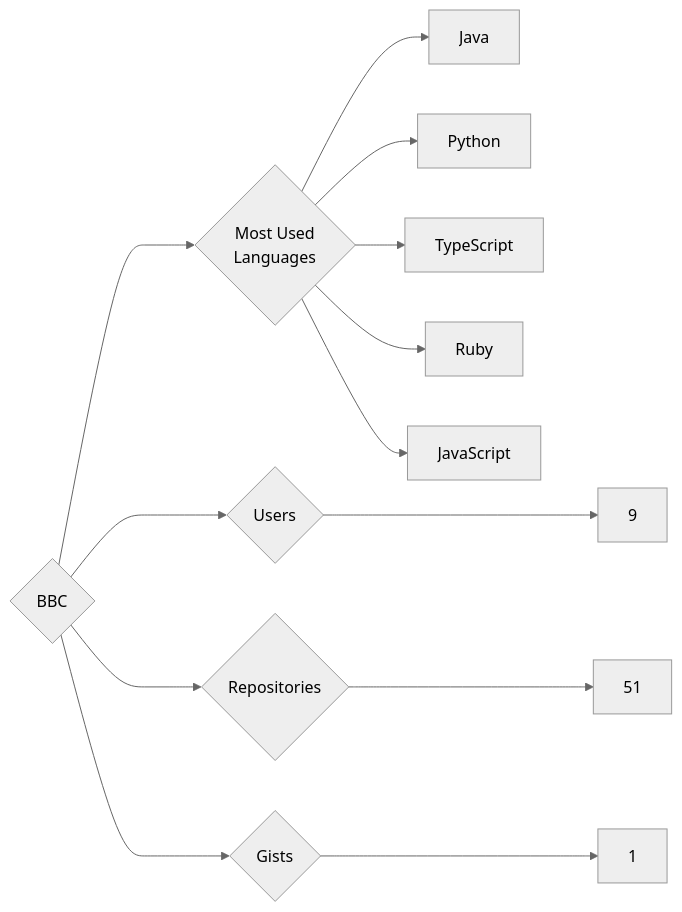
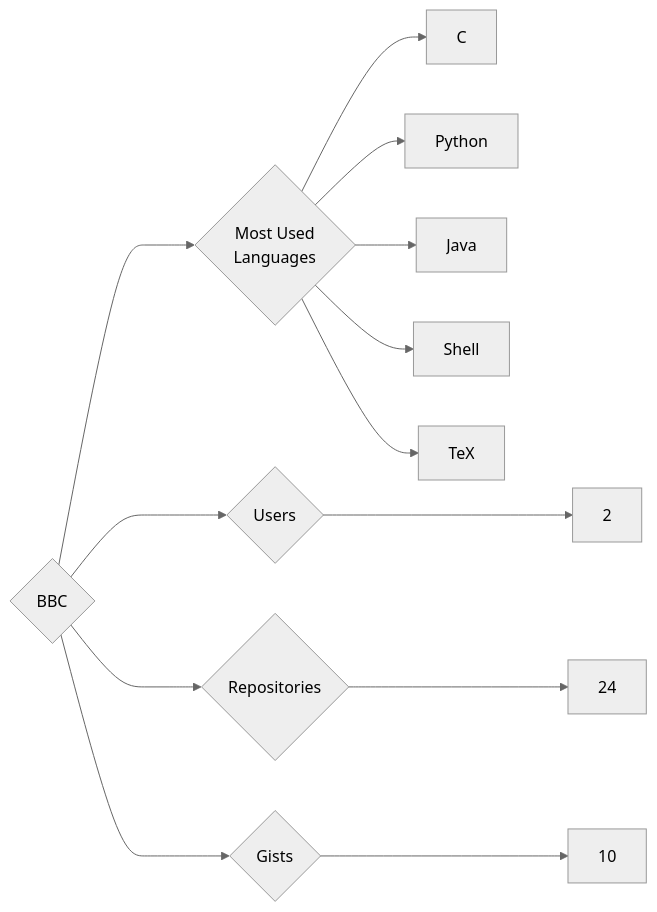
One commit to trickest/insiders changed the diagram in targets/BBC/README.md. Above: the diagram before and after it, drawn with Mermaid (neutral theme). The commit also changed 815 other files, not shown here.

````diff
--- a/targets/BBC/README.md
+++ b/targets/BBC/README.md
@@ -3,13 +3,13 @@
 ```mermaid
 graph LR
 COMPANY_NAME{BBC}
-COMPANY_NAME ---> U{Users} ---> UN[9]
-COMPANY_NAME ---> R{Repositories} ---> RN[51]
-COMPANY_NAME ---> G{Gists} ---> GN[1]
+COMPANY_NAME ---> U{Users} ---> UN[2]
+COMPANY_NAME ---> R{Repositories} ---> RN[24]
+COMPANY_NAME ---> G{Gists} ---> GN[10]
 COMPANY_NAME ---> ML{Most Used<br>Languages}
+ML --> C[C]
+ML --> Python[Python]
 ML --> Java[Java]
-ML --> Python[Python]
-ML --> TypeScript[TypeScript]
-ML --> Ruby[Ruby]
-ML --> JavaScript[JavaScript]
+ML --> Shell[Shell]
+ML --> TeX[TeX]
 ```
````
